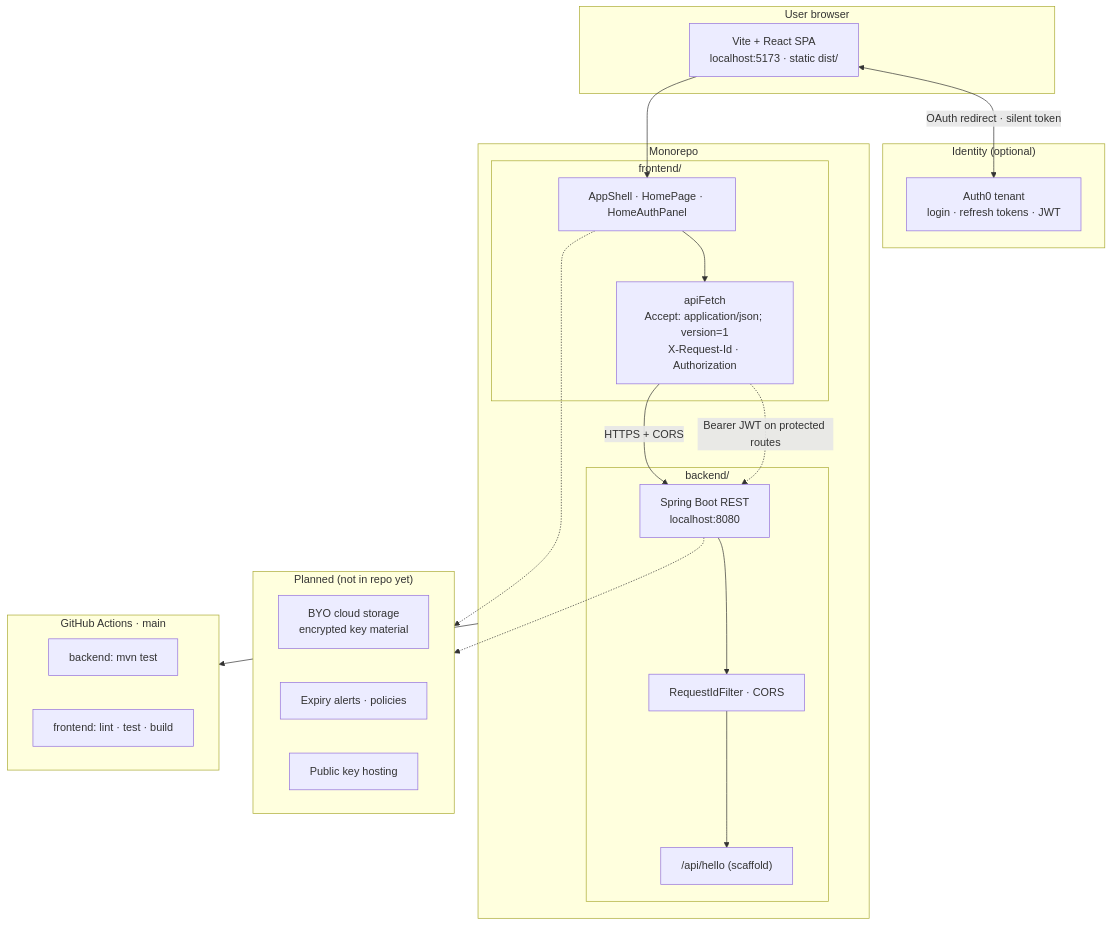
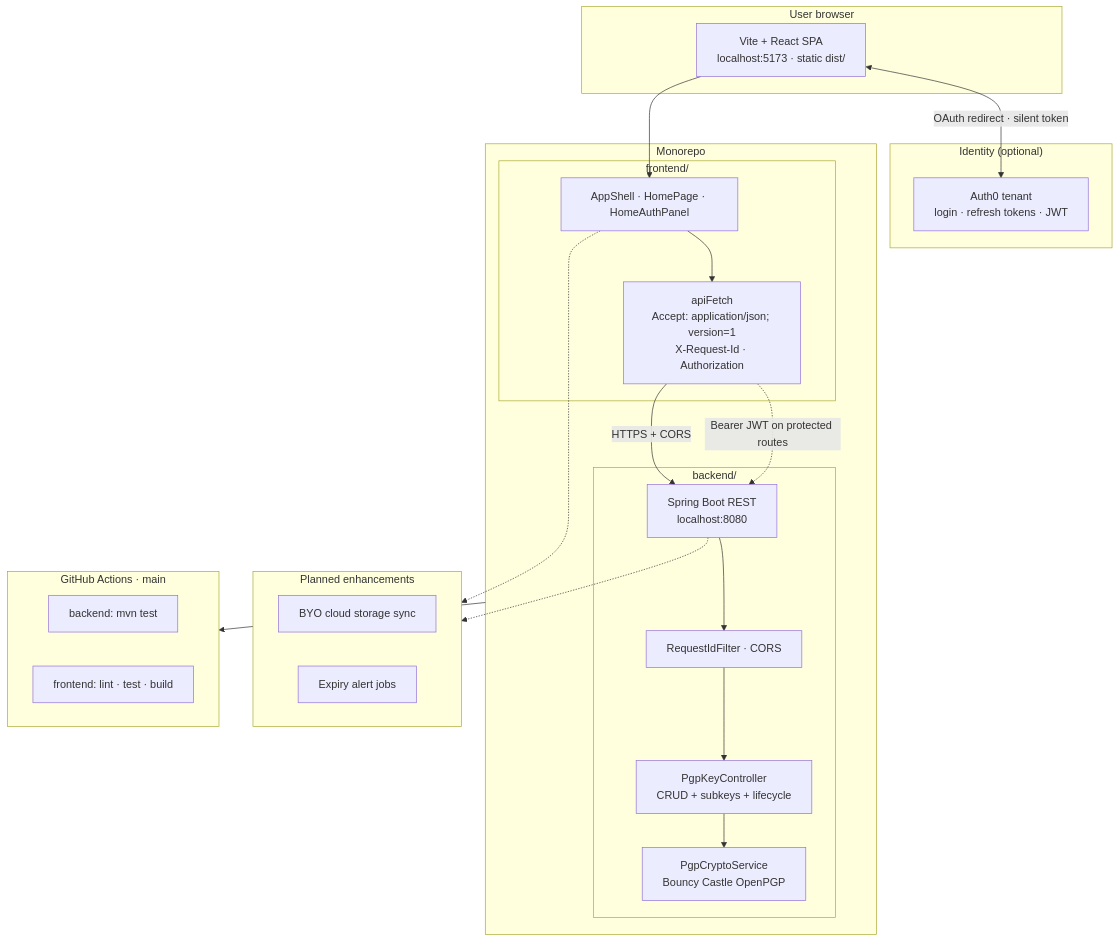
Before and after one commit to bbruneel/PGP-key-manager: the first of 4 diagrams in ARCHITECTURE.md, drawn with Mermaid. The commit also changed other lines of this file and 39 other files, not shown here.

First line of the commit message:
Implement full PGP key API with Bouncy Castle crypto

````diff
--- a/ARCHITECTURE.md
+++ b/ARCHITECTURE.md
@@ -9,45 +9,46 @@
 ```mermaid
 flowchart TB
   subgraph User["User browser"]
     SPA["Vite + React SPA<br/>localhost:5173 · static dist/"]
   end
 
   subgraph Auth["Identity (optional)"]
     Auth0["Auth0 tenant<br/>login · refresh tokens · JWT"]
   end
 
   subgraph Repo["Monorepo"]
     subgraph FE["frontend/"]
       UI["AppShell · HomePage · HomeAuthPanel"]
       APIClient["apiFetch<br/>Accept: application/json; version=1<br/>X-Request-Id · Authorization"]
     end
 
     subgraph BE["backend/"]
       API["Spring Boot REST<br/>localhost:8080"]
       Filters["RequestIdFilter · CORS"]
-      Controllers["/api/hello (scaffold)"]
+      Controllers["PgpKeyController<br/>CRUD + subkeys + lifecycle"]
+      Crypto["PgpCryptoService<br/>Bouncy Castle OpenPGP"]
     end
   end
 
-  subgraph Future["Planned (not in repo yet)"]
-    Storage["BYO cloud storage<br/>encrypted key material"]
-    Alerts["Expiry alerts · policies"]
-    PublicKeys["Public key hosting"]
+  subgraph Future["Planned enhancements"]
+    Storage["BYO cloud storage sync"]
+    Alerts["Expiry alert jobs"]
   end
 
   SPA --> UI
   UI --> APIClient
   APIClient -->|"HTTPS + CORS"| API
   SPA <-->|"OAuth redirect · silent token"| Auth0
   APIClient -.->|"Bearer JWT on protected routes"| API
   API --> Filters --> Controllers
+  Controllers --> Crypto
   UI -.-> Future
   API -.-> Future
 
   subgraph CI["GitHub Actions · main"]
     BEJob["backend: mvn test"]
     FEJob["frontend: lint · test · build"]
   end
 
   Repo --> CI
 ```
````
